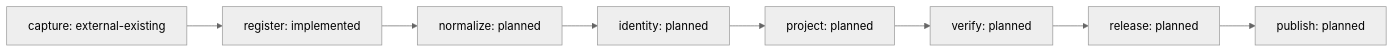
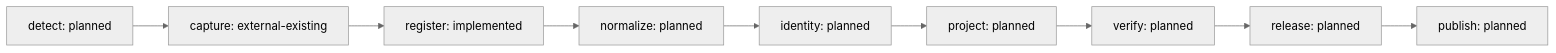
The second of 2 diagrams in docs/REPOSITORIES.md (rk-gamemods/HumanHostWiki), drawn with Mermaid (neutral theme) before and after one commit. The commit also changed other lines of this file and 6 other files, not shown here.

````diff
--- a/docs/REPOSITORIES.md
+++ b/docs/REPOSITORIES.md
@@ -74,18 +74,20 @@
 ```mermaid
 flowchart LR
+  detect["detect: planned"]
   capture["capture: external-existing"]
+  detect --> capture
   register["register: implemented"]
   capture --> register
   normalize["normalize: planned"]
   register --> normalize
   identity["identity: planned"]
   normalize --> identity
   project["project: planned"]
   identity --> project
   verify["verify: planned"]
   project --> verify
   release["release: planned"]
   verify --> release
   publish["publish: planned"]
   release --> publish
 ```
````
